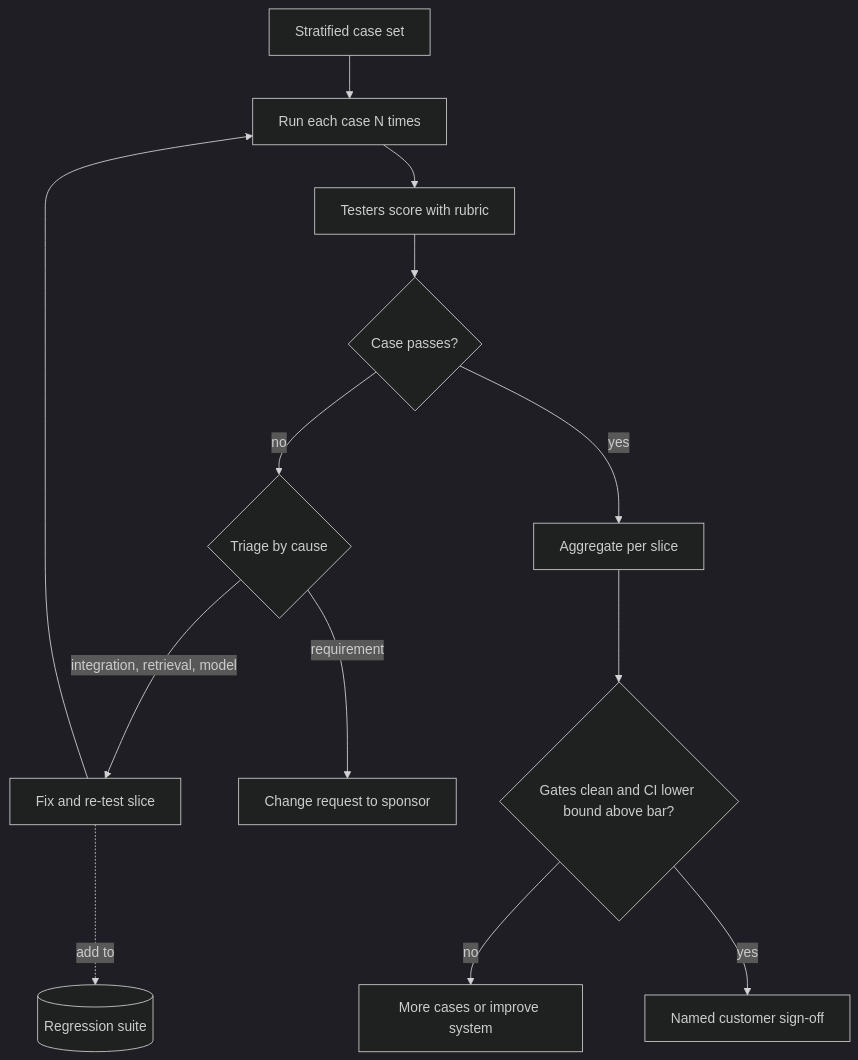
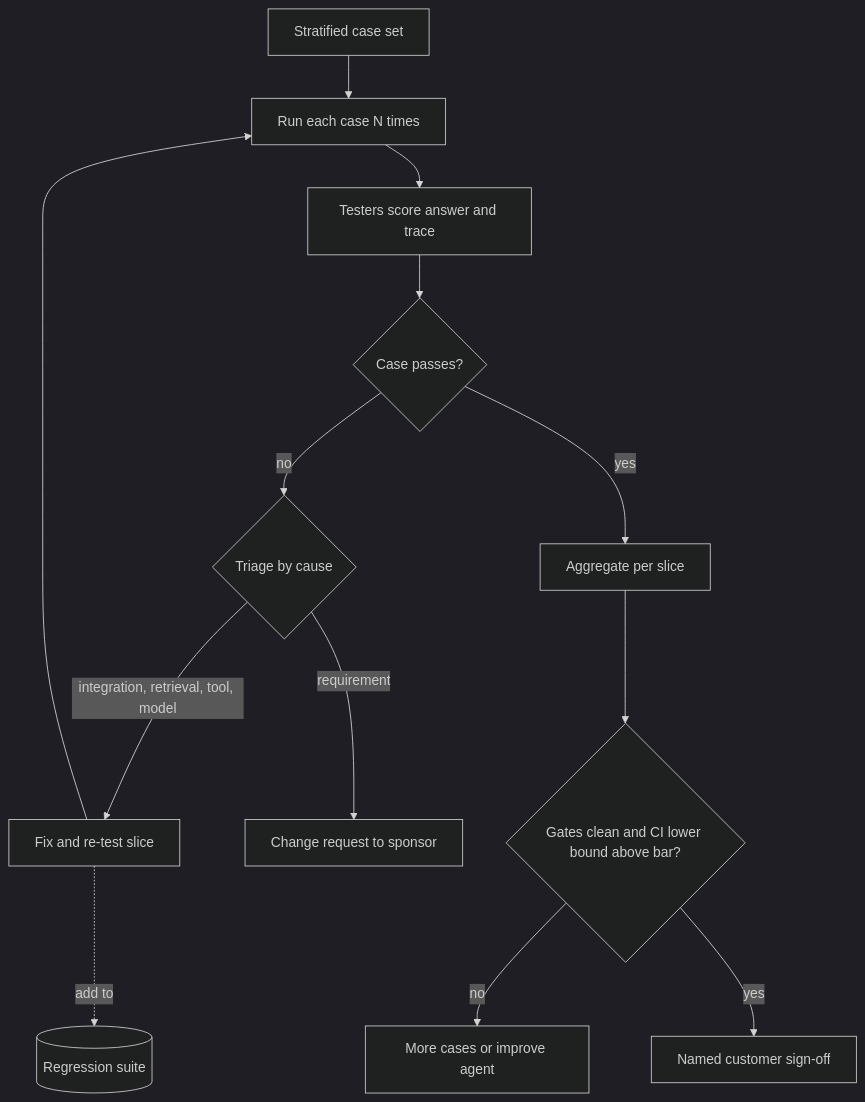
Before and after one commit to lovishmahajan97/agentic-learning: the diagram in content/deployment/uat.md, drawn with Mermaid (dark theme). The commit also changed other lines of this file and 454 other files, not shown here.

````diff
--- a/content/deployment/uat.md
+++ b/content/deployment/uat.md
@@ -118,15 +141,15 @@
 ```mermaid
 flowchart TD
     C["Stratified case set"] --> R["Run each case N times"]
-    R --> S["Testers score with rubric"]
+    R --> S["Testers score answer and trace"]
     S --> F{"Case passes?"}
     F -->|"no"| T{"Triage by cause"}
-    T -->|"integration, retrieval, model"| X["Fix and re-test slice"]
+    T -->|"integration, retrieval, tool, model"| X["Fix and re-test slice"]
     T -->|"requirement"| CR["Change request to sponsor"]
     X --> R
     F -->|"yes"| A["Aggregate per slice"]
     A --> G{"Gates clean and CI lower bound above bar?"}
-    G -->|"no"| M["More cases or improve system"]
+    G -->|"no"| M["More cases or improve agent"]
     G -->|"yes"| SO["Named customer sign-off"]
     X -.->|"add to"| RS[("Regression suite")]
 ```
````
